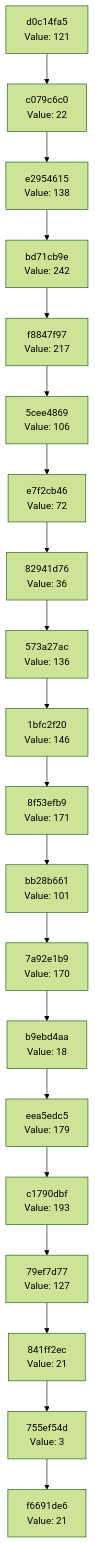
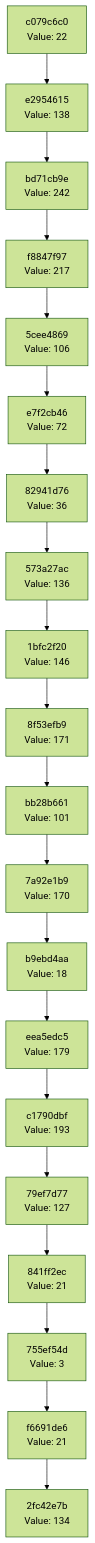
The diagram in docs/CHAIN_VISUALIZATION.md (Abhisheksinha1506/hash-chain-evolver), drawn with Mermaid (forest theme) before and after one commit. The commit also changed 3 other files, not shown here.

````diff
--- a/docs/CHAIN_VISUALIZATION.md
+++ b/docs/CHAIN_VISUALIZATION.md
@@ -3,42 +3,42 @@
 ```mermaid
 graph TD
-    C0["f6691de6<br/>Value: 21"]
-    C1["755ef54d<br/>Value: 3"]
+    C0["2fc42e7b<br/>Value: 134"]
+    C1["f6691de6<br/>Value: 21"]
     C1 --> C0
-    C2["841ff2ec<br/>Value: 21"]
+    C2["755ef54d<br/>Value: 3"]
     C2 --> C1
-    C3["79ef7d77<br/>Value: 127"]
+    C3["841ff2ec<br/>Value: 21"]
     C3 --> C2
-    C4["c1790dbf<br/>Value: 193"]
+    C4["79ef7d77<br/>Value: 127"]
     C4 --> C3
-    C5["eea5edc5<br/>Value: 179"]
+    C5["c1790dbf<br/>Value: 193"]
     C5 --> C4
-    C6["b9ebd4aa<br/>Value: 18"]
+    C6["eea5edc5<br/>Value: 179"]
     C6 --> C5
-    C7["7a92e1b9<br/>Value: 170"]
+    C7["b9ebd4aa<br/>Value: 18"]
     C7 --> C6
-    C8["bb28b661<br/>Value: 101"]
+    C8["7a92e1b9<br/>Value: 170"]
     C8 --> C7
-    C9["8f53efb9<br/>Value: 171"]
+    C9["bb28b661<br/>Value: 101"]
     C9 --> C8
-    C10["1bfc2f20<br/>Value: 146"]
+    C10["8f53efb9<br/>Value: 171"]
     C10 --> C9
-    C11["573a27ac<br/>Value: 136"]
+    C11["1bfc2f20<br/>Value: 146"]
     C11 --> C10
-    C12["82941d76<br/>Value: 36"]
+    C12["573a27ac<br/>Value: 136"]
     C12 --> C11
-    C13["e7f2cb46<br/>Value: 72"]
+    C13["82941d76<br/>Value: 36"]
     C13 --> C12
-    C14["5cee4869<br/>Value: 106"]
+    C14["e7f2cb46<br/>Value: 72"]
     C14 --> C13
-    C15["f8847f97<br/>Value: 217"]
+    C15["5cee4869<br/>Value: 106"]
     C15 --> C14
-    C16["bd71cb9e<br/>Value: 242"]
+    C16["f8847f97<br/>Value: 217"]
     C16 --> C15
-    C17["e2954615<br/>Value: 138"]
+    C17["bd71cb9e<br/>Value: 242"]
     C17 --> C16
-    C18["c079c6c0<br/>Value: 22"]
+    C18["e2954615<br/>Value: 138"]
     C18 --> C17
-    C19["d0c14fa5<br/>Value: 121"]
+    C19["c079c6c0<br/>Value: 22"]
     C19 --> C18
 ```
````
